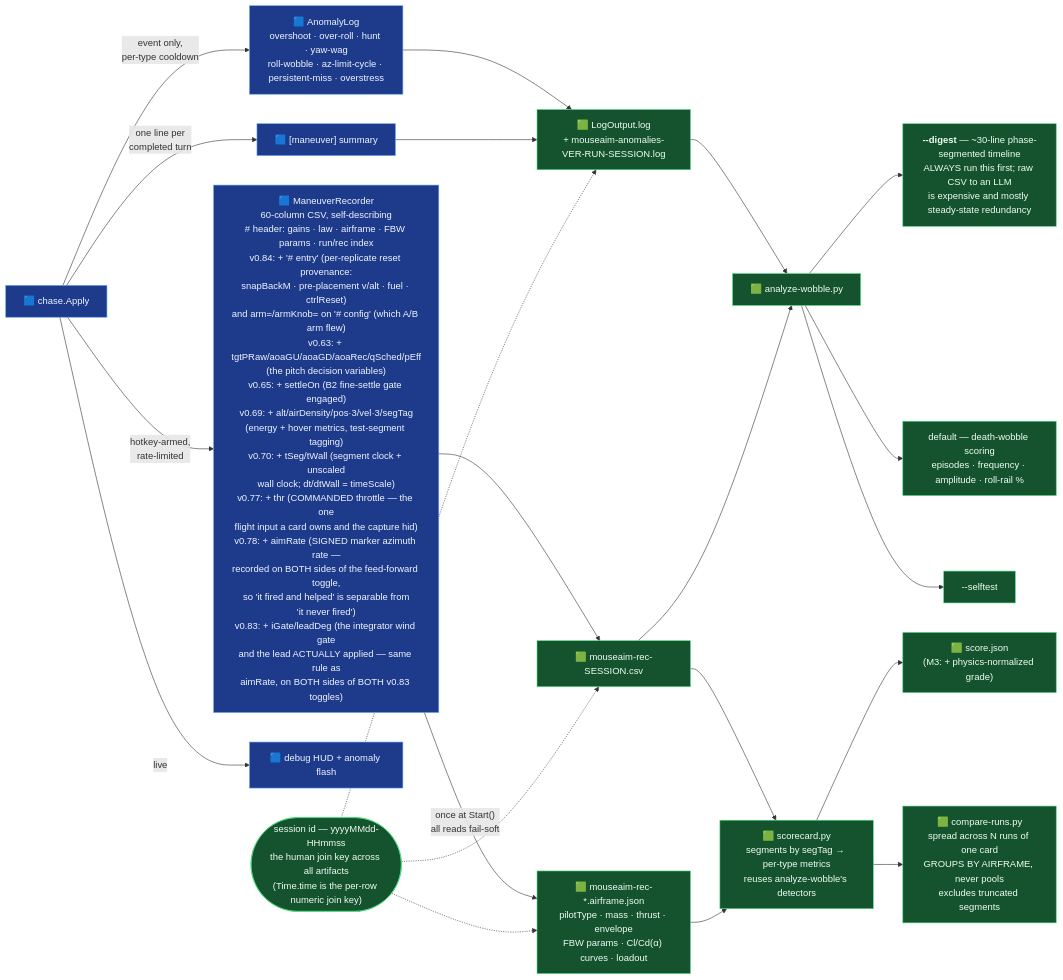
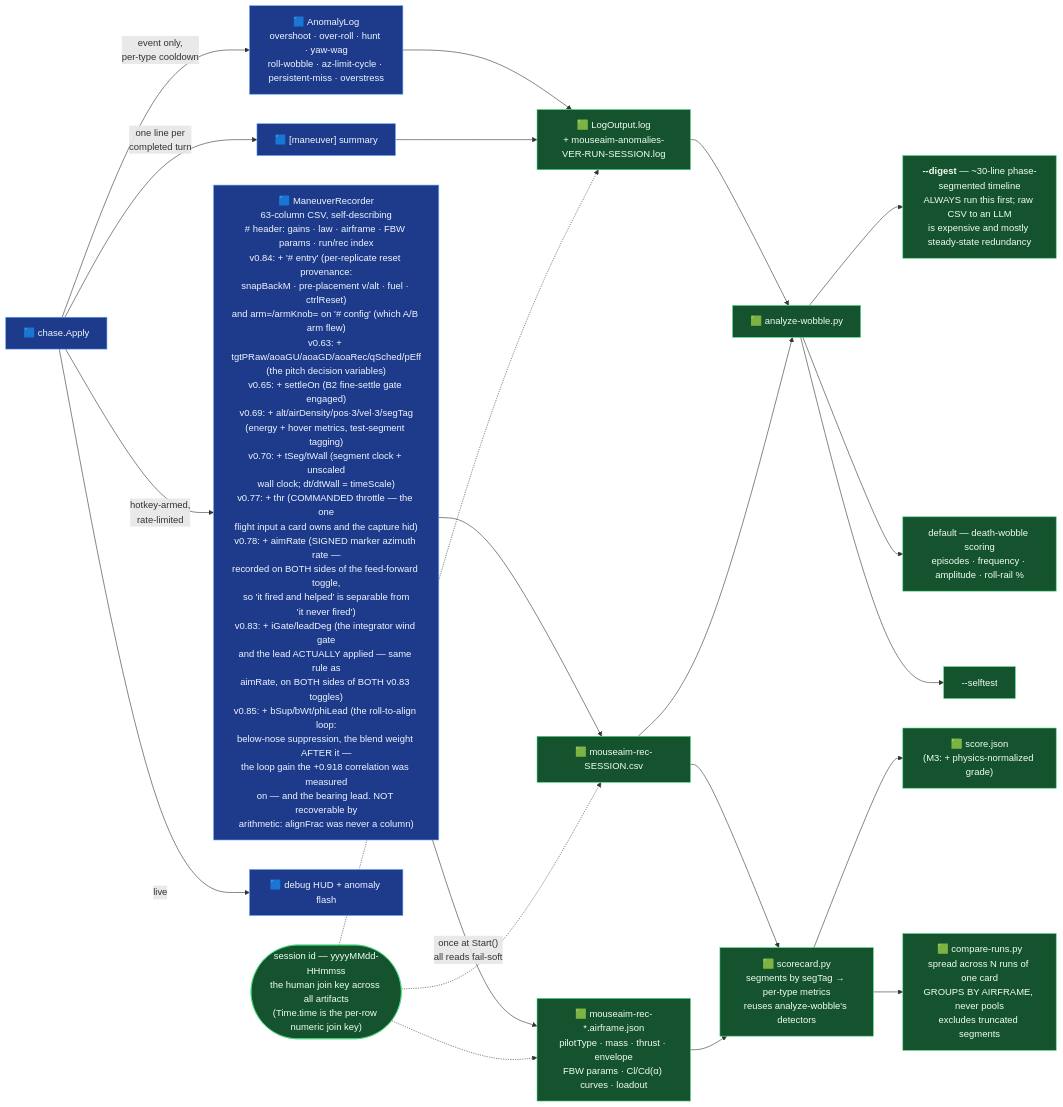
One commit to cosistra/wt-mouse-aim changed the sixth of 8 diagrams in ARCHITECTURE.md. Above: the diagram before and after it, drawn with Mermaid. The commit also changed other lines of this file and 7 other files, not shown here.

````diff
--- a/ARCHITECTURE.md
+++ b/ARCHITECTURE.md
@@ -426,34 +426,34 @@
 ```mermaid
 flowchart LR
     chase["🟦 chase.Apply"]
 
     chase -->|"event only,<br/>per-type cooldown"| an["🟦 AnomalyLog<br/>overshoot · over-roll · hunt · yaw-wag<br/>roll-wobble · az-limit-cycle · persistent-miss · overstress"]
     chase -->|"one line per<br/>completed turn"| mv["🟦 [maneuver] summary"]
-    chase -->|"hotkey-armed,<br/>rate-limited"| rec["🟦 ManeuverRecorder<br/>60-column CSV, self-describing<br/># header: gains · law · airframe · FBW params · run/rec index<br/>v0.84: + '# entry' (per-replicate reset provenance:<br/>snapBackM · pre-placement v/alt · fuel · ctrlReset)<br/>and arm=/armKnob= on '# config' (which A/B arm flew)<br/>v0.63: + tgtPRaw/aoaGU/aoaGD/aoaRec/qSched/pEff<br/>(the pitch decision variables)<br/>v0.65: + settleOn (B2 fine-settle gate engaged)<br/>v0.69: + alt/airDensity/pos·3/vel·3/segTag<br/>(energy + hover metrics, test-segment tagging)<br/>v0.70: + tSeg/tWall (segment clock + unscaled<br/>wall clock; dt/dtWall = timeScale)<br/>v0.77: + thr (COMMANDED throttle — the one<br/>flight input a card owns and the capture hid)<br/>v0.78: + aimRate (SIGNED marker azimuth rate —<br/>recorded on BOTH sides of the feed-forward toggle,<br/>so 'it fired and helped' is separable from<br/>'it never fired')<br/>v0.83: + iGate/leadDeg (the integrator wind gate<br/>and the lead ACTUALLY applied — same rule as<br/>aimRate, on BOTH sides of BOTH v0.83 toggles)"]
+    chase -->|"hotkey-armed,<br/>rate-limited"| rec["🟦 ManeuverRecorder<br/>63-column CSV, self-describing<br/># header: gains · law · airframe · FBW params · run/rec index<br/>v0.84: + '# entry' (per-replicate reset provenance:<br/>snapBackM · pre-placement v/alt · fuel · ctrlReset)<br/>and arm=/armKnob= on '# config' (which A/B arm flew)<br/>v0.63: + tgtPRaw/aoaGU/aoaGD/aoaRec/qSched/pEff<br/>(the pitch decision variables)<br/>v0.65: + settleOn (B2 fine-settle gate engaged)<br/>v0.69: + alt/airDensity/pos·3/vel·3/segTag<br/>(energy + hover metrics, test-segment tagging)<br/>v0.70: + tSeg/tWall (segment clock + unscaled<br/>wall clock; dt/dtWall = timeScale)<br/>v0.77: + thr (COMMANDED throttle — the one<br/>flight input a card owns and the capture hid)<br/>v0.78: + aimRate (SIGNED marker azimuth rate —<br/>recorded on BOTH sides of the feed-forward toggle,<br/>so 'it fired and helped' is separable from<br/>'it never fired')<br/>v0.83: + iGate/leadDeg (the integrator wind gate<br/>and the lead ACTUALLY applied — same rule as<br/>aimRate, on BOTH sides of BOTH v0.83 toggles)<br/>v0.85: + bSup/bWt/phiLead (the roll-to-align loop:<br/>below-nose suppression, the blend weight AFTER it —<br/>the loop gain the +0.918 correlation was measured<br/>on — and the bearing lead. NOT recoverable by<br/>arithmetic: alignFrac was never a column)"]
     chase -->|"live"| hud["🟦 debug HUD + anomaly flash"]
 
     an --> logf["🟩 LogOutput.log<br/>+ mouseaim-anomalies-VER-RUN-SESSION.log"]
     mv --> logf
     rec --> csvf["🟩 mouseaim-rec-SESSION.csv"]
     rec -->|"once at Start()<br/>all reads fail-soft"| sidef["🟩 mouseaim-rec-*.airframe.json<br/>pilotType · mass · thrust · envelope<br/>FBW params · Cl/Cd(α) curves · loadout"]
 
     logf --> tool["🟩 analyze-wobble.py"]
     csvf --> tool
     csvf --> sc["🟩 scorecard.py<br/>segments by segTag → per-type metrics<br/>reuses analyze-wobble's detectors"]
     sidef --> sc
     sc --> scj["🟩 score.json<br/>(M3: + physics-normalized grade)"]
     sc --> cmp["🟩 compare-runs.py<br/>spread across N runs of one card<br/>GROUPS BY AIRFRAME, never pools<br/>excludes truncated segments"]
     tool --> d1["<b>--digest</b> — ~30-line phase-segmented timeline<br/>ALWAYS run this first; raw CSV to an LLM<br/>is expensive and mostly steady-state redundancy"]
     tool --> d2["default — death-wobble scoring<br/>episodes · frequency · amplitude · roll-rail %"]
     tool --> d3["--selftest"]
 
     sess(["session id — yyyyMMdd-HHmmss<br/>the human join key across all artifacts<br/>(Time.time is the per-row numeric join key)"])
     sess -.-> logf
     sess -.-> csvf
     sess -.-> sidef
 
     classDef mod fill:#1e3a8a,stroke:#60a5fa,color:#eff6ff
     classDef art fill:#14532d,stroke:#4ade80,color:#f0fdf4
     class chase,an,mv,rec,hud mod
     class logf,csvf,sidef,tool,sc,scj,cmp,d1,d2,d3,sess art
 ```
````
